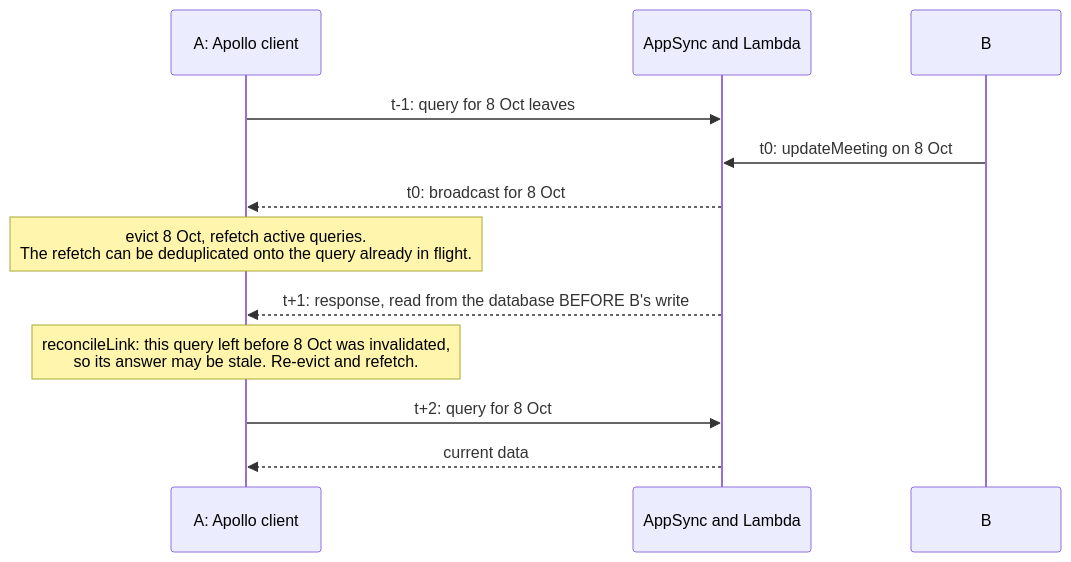
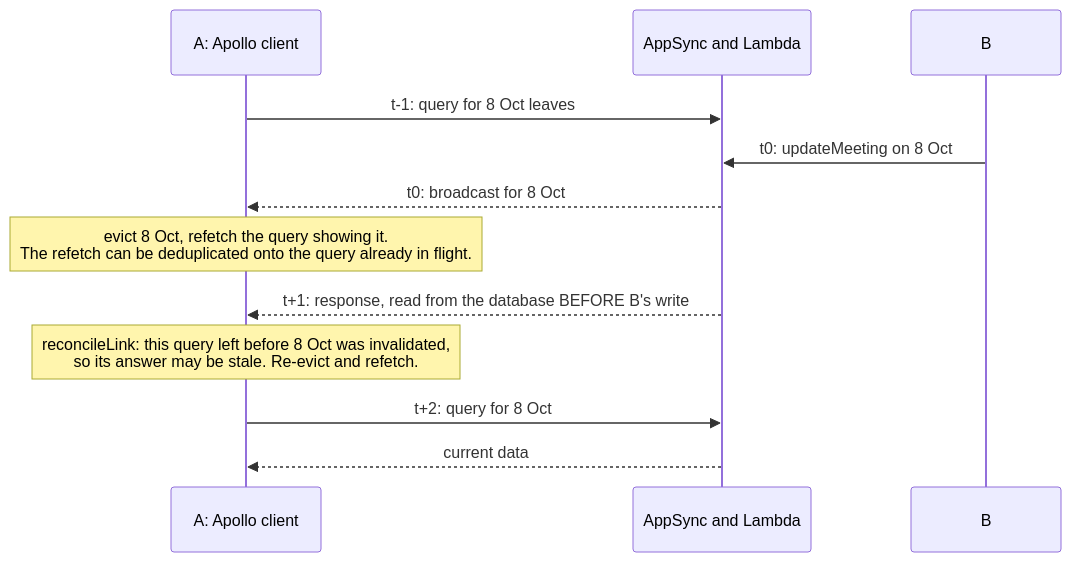
The third of 7 diagrams in docs/showcase/live-updates-talk.md (geoffweatherall/mootmaker), drawn with Mermaid before and after one commit. The commit also changed other lines of this file and 2 other files, not shown here.

First line of the commit message:
Describe targeted refetch and merge-on-refetch in the live-updates docs

````diff
--- a/docs/showcase/live-updates-talk.md
+++ b/docs/showcase/live-updates-talk.md
@@ -468,14 +487,14 @@
 ```mermaid
 sequenceDiagram
   participant A as A: Apollo client
   participant AS as AppSync and Lambda
   participant B as B
   A->>AS: t-1: query for 8 Oct leaves
   B->>AS: t0: updateMeeting on 8 Oct
   AS-->>A: t0: broadcast for 8 Oct
-  Note over A: evict 8 Oct, refetch active queries.<br/>The refetch can be deduplicated onto the query already in flight.
+  Note over A: evict 8 Oct, refetch the query showing it.<br/>The refetch can be deduplicated onto the query already in flight.
   AS-->>A: t+1: response, read from the database BEFORE B's write
   Note over A: reconcileLink: this query left before 8 Oct was invalidated,<br/>so its answer may be stale. Re-evict and refetch.
   A->>AS: t+2: query for 8 Oct
   AS-->>A: current data
 ```
````
